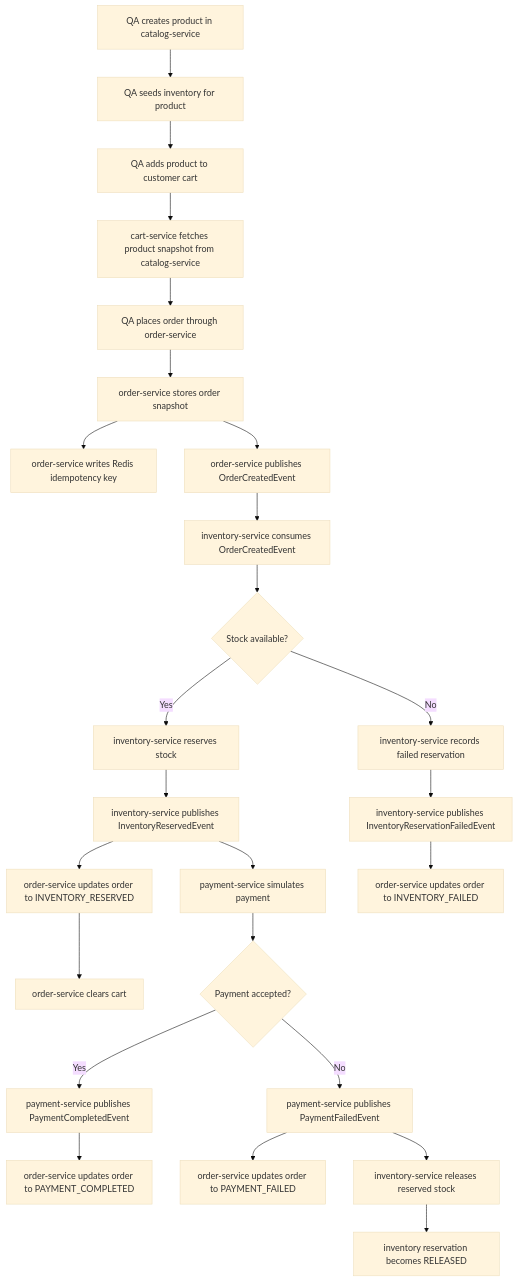
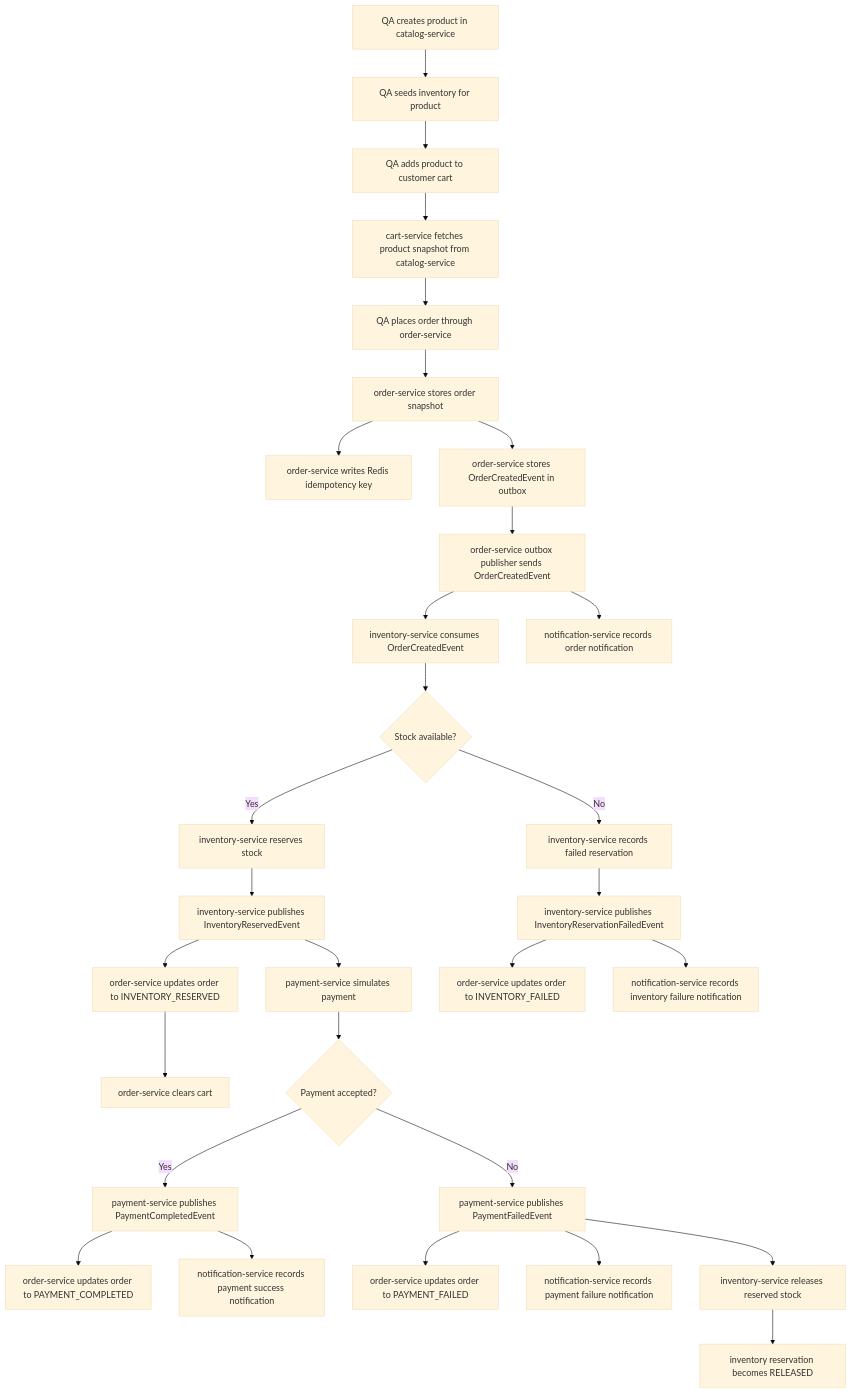
The diagram in docs/10-qa-application-flow.md (amttmr/EventCart), drawn with Mermaid (base theme) before and after one commit. The commit also changed other lines of this file and 100 other files, not shown here.

Commit message:
added shared common-security, shared common-kafka, Keycloak realm setup, Kafka retry/DLQ handling, order-service transactional outbox, Testcontainers integration test setup, and observability support with correlation IDs, tracing config, and Prometheus metrics.

````diff
--- a/docs/10-qa-application-flow.md
+++ b/docs/10-qa-application-flow.md
@@ -47,27 +55,32 @@
 ```mermaid
 flowchart TD
     A["QA creates product in catalog-service"] --> B["QA seeds inventory for product"]
     B --> C["QA adds product to customer cart"]
     C --> D["cart-service fetches product snapshot from catalog-service"]
     D --> E["QA places order through order-service"]
     E --> F["order-service stores order snapshot"]
     F --> G["order-service writes Redis idempotency key"]
-    F --> H["order-service publishes OrderCreatedEvent"]
-    H --> I["inventory-service consumes OrderCreatedEvent"]
+    F --> H["order-service stores OrderCreatedEvent in outbox"]
+    H --> Z1["order-service outbox publisher sends OrderCreatedEvent"]
+    Z1 --> I["inventory-service consumes OrderCreatedEvent"]
+    Z1 --> Z2["notification-service records order notification"]
     I --> J{"Stock available?"}
     J -->|Yes| K["inventory-service reserves stock"]
     J -->|No| L["inventory-service records failed reservation"]
     K --> M["inventory-service publishes InventoryReservedEvent"]
     L --> N["inventory-service publishes InventoryReservationFailedEvent"]
     M --> O["order-service updates order to INVENTORY_RESERVED"]
     O --> P["order-service clears cart"]
     M --> R["payment-service simulates payment"]
     R --> S{"Payment accepted?"}
     S -->|Yes| T["payment-service publishes PaymentCompletedEvent"]
     S -->|No| U["payment-service publishes PaymentFailedEvent"]
     T --> V["order-service updates order to PAYMENT_COMPLETED"]
+    T --> Z3["notification-service records payment success notification"]
     U --> W["order-service updates order to PAYMENT_FAILED"]
+    U --> Z4["notification-service records payment failure notification"]
     U --> X["inventory-service releases reserved stock"]
     X --> Y["inventory reservation becomes RELEASED"]
     N --> Q["order-service updates order to INVENTORY_FAILED"]
+    N --> Z5["notification-service records inventory failure notification"]
 ```
````
